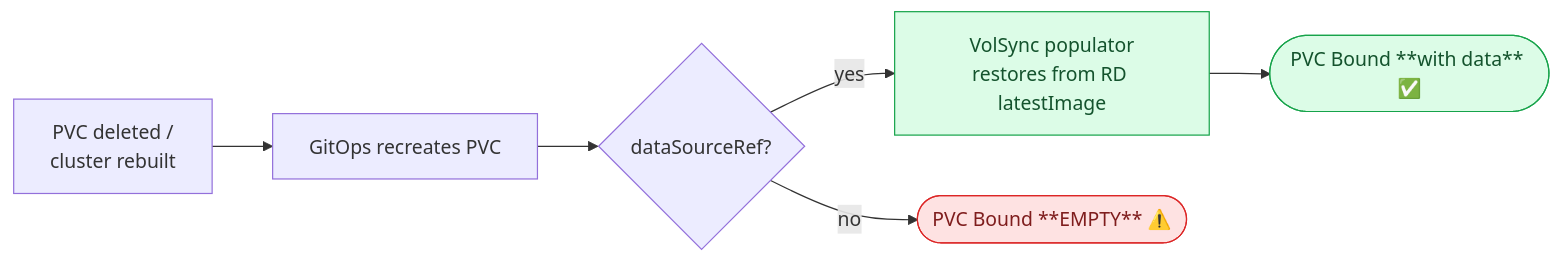
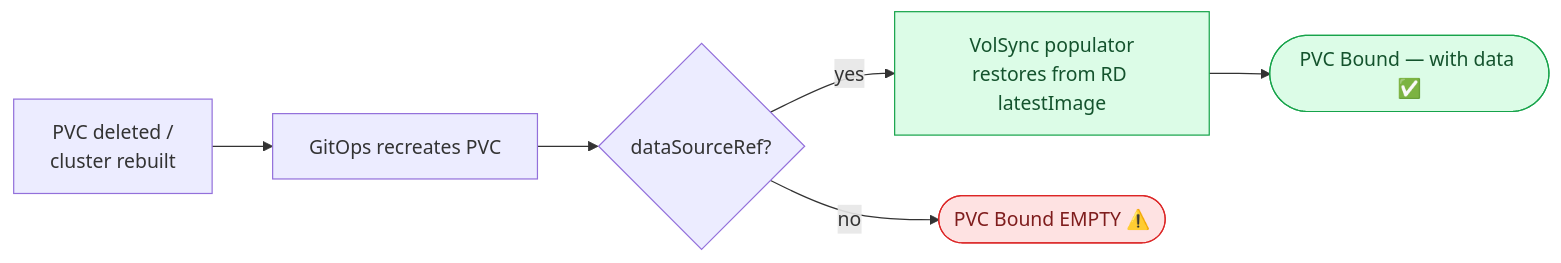
One commit to mitchross/pvc-plumber changed the third of 3 diagrams in docs/operator-workflow.md. Above: the diagram before and after it, drawn with Mermaid. The commit also changed 1 other file, not shown here.

````diff
--- a/docs/operator-workflow.md
+++ b/docs/operator-workflow.md
@@ -81,13 +81,13 @@
 ```mermaid
 flowchart LR
     DEL[PVC deleted /<br/>cluster rebuilt] --> GIT[GitOps recreates PVC]
     GIT --> DSR{dataSourceRef?}
     DSR -->|yes| POP[VolSync populator<br/>restores from RD latestImage]
-    POP --> OK([PVC Bound **with data** ✅])
-    DSR -->|no| EMPTY([PVC Bound **EMPTY** ⚠️])
+    POP --> OK(["PVC Bound — with data ✅"])
+    DSR -->|no| EMPTY(["PVC Bound EMPTY ⚠️"])
 
     classDef good fill:#dcfce7,stroke:#16a34a,color:#14532d;
     classDef bad fill:#fee2e2,stroke:#dc2626,color:#7f1d1d;
     class POP,OK good;
     class EMPTY bad;
 ```
````
